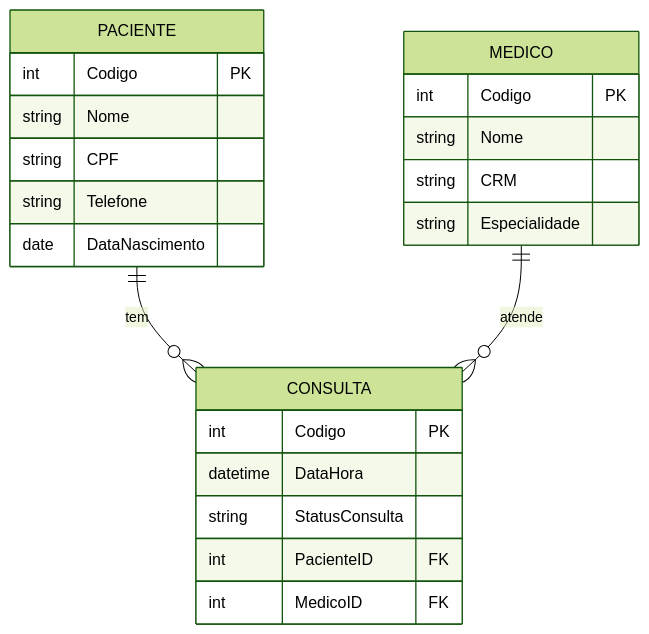
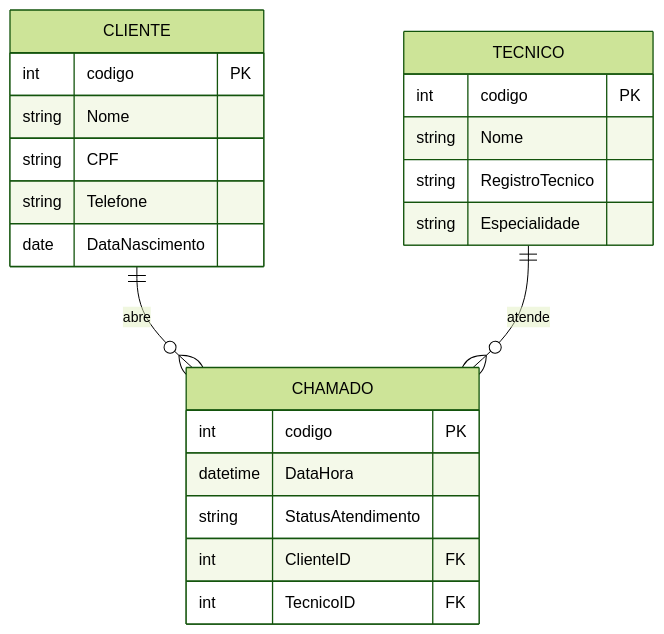
The diagram in README.md (S1LVZ/appSatTech), drawn with Mermaid (forest theme) before and after one commit. The commit also changed other lines of this file, not shown here.

````diff
--- a/README.md
+++ b/README.md
@@ -41,26 +41,26 @@
 ```mermaid
 erDiagram
-    PACIENTE ||--o{ CONSULTA : tem
-    MEDICO ||--o{ CONSULTA : atende
+    CLIENTE ||--o{ CHAMADO : abre
+    TECNICO ||--o{ CHAMADO : atende
 
-    PACIENTE {
-        int Codigo PK
+    CLIENTE {
+        int codigo PK
         string Nome
         string CPF
         string Telefone
         date DataNascimento
     }
-    MEDICO {
-        int Codigo PK
+    TECNICO {
+        int codigo PK
         string Nome
-        string CRM
+        string RegistroTecnico
         string Especialidade
     }
-    CONSULTA {
-        int Codigo PK
+    CHAMADO {
+        int codigo PK
         datetime DataHora
-        string StatusConsulta
-        int PacienteID FK
-        int MedicoID FK
+        string StatusAtendimento
+        int ClienteID FK
+        int TecnicoID FK
     }
 ```
````
